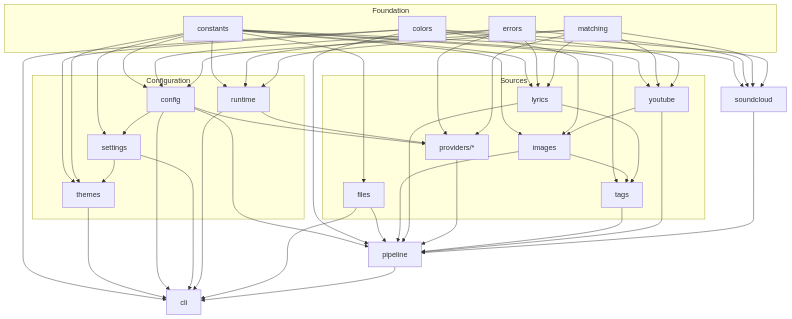
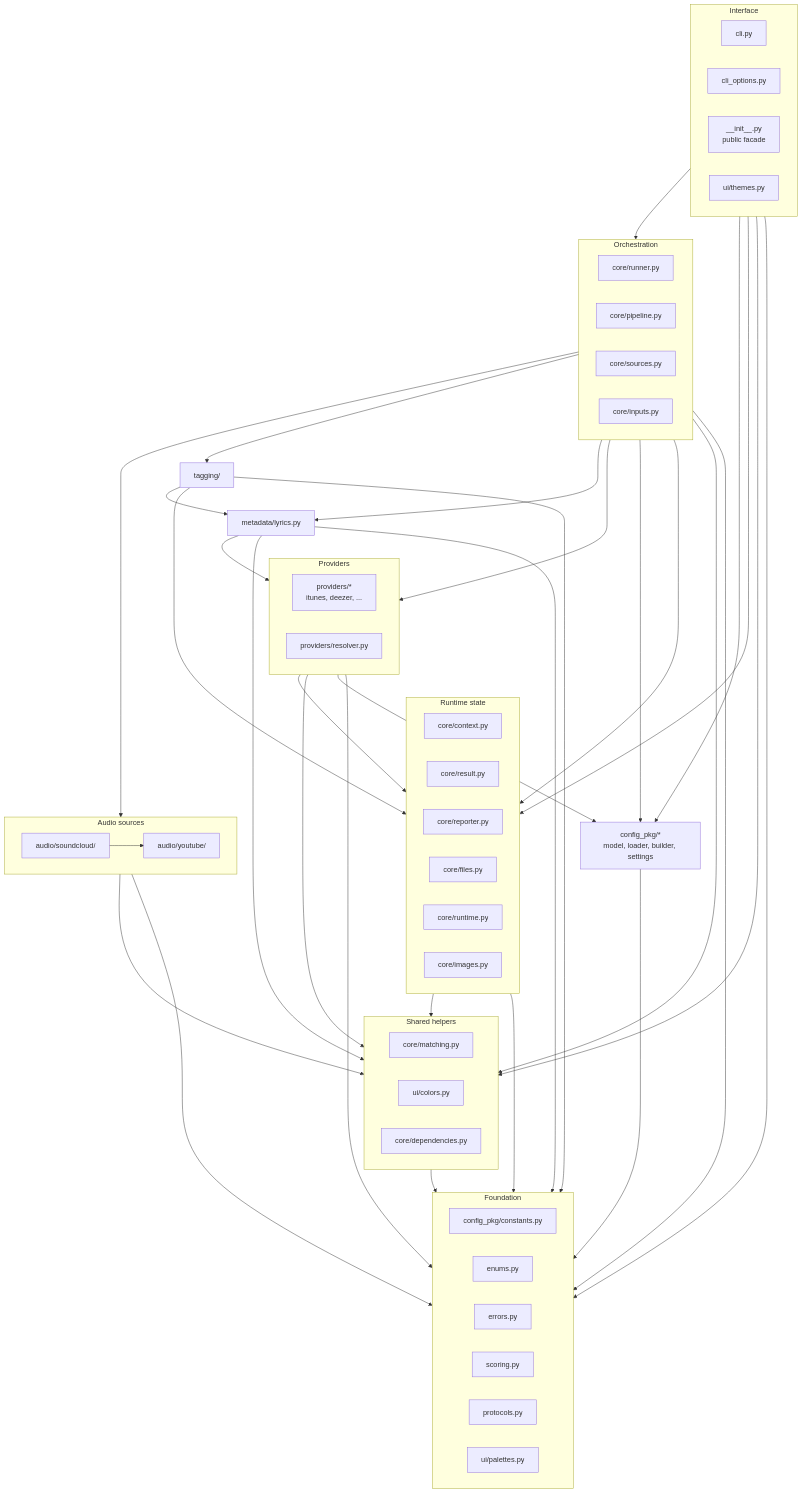
One commit to trackfetch/trackfetch changed the diagram in docs/architecture.md. Above: the diagram before and after it, drawn with Mermaid. The commit also changed other lines of this file, not shown here.

Commit message:
docs: fix the dependency diagram and its rules
The old diagram referenced modules that no longer exist after the
refactor (config, settings, runtime, themes, youtube, tags) and the
prose claimed audio/, metadata/, providers/ and ui/ never import from
core/, which is not true: they reuse core/matching.py, core/runtime.py
and core/images.py. Both now match the real import graph.

````diff
--- a/docs/architecture.md
+++ b/docs/architecture.md
@@ -80,80 +80,93 @@
 ```mermaid
 flowchart TD
-    subgraph Foundation
-        constants[constants]
-        errors[errors]
-        matching[matching]
-        colors[colors]
+    subgraph interface["Interface"]
+        cli[cli.py]
+        cli_options[cli_options.py]
+        facade["__init__.py<br/>public facade"]
+        themes[ui/themes.py]
     end
 
-    subgraph Configuration
-        config[config]
-        settings[settings]
-        runtime[runtime]
-        themes[themes]
+    subgraph orchestration["Orchestration"]
+        runner[core/runner.py]
+        pipeline[core/pipeline.py]
+        sources[core/sources.py]
+        inputs[core/inputs.py]
     end
 
-    subgraph Sources
-        providers["providers/*"]
-        youtube[youtube]
-        images[images]
-        lyrics[lyrics]
-        tags[tags]
-        files[files]
+    subgraph audio["Audio sources"]
+        youtube[audio/youtube/]
+        soundcloud[audio/soundcloud/]
     end
 
-    pipeline[pipeline]
-    cli[cli]
+    tagging[tagging/]
+    lyrics[metadata/lyrics.py]
 
-    constants --> config
-    errors --> config
-    matching --> config
-    constants --> settings
-    config --> settings
-    constants --> runtime
-    errors --> runtime
-    matching --> runtime
-    colors --> themes
-    constants --> themes
-    settings --> themes
+    subgraph providers["Providers"]
+        provider_modules["providers/*<br/>itunes, deezer, ..."]
+        resolver[providers/resolver.py]
+    end
 
-    config --> providers
-    errors --> providers
-    matching --> providers
-    runtime --> providers
-    constants --> youtube
-    matching --> youtube
-    colors --> youtube
-    constants --> soundcloud
-    errors --> soundcloud
-    matching --> soundcloud
-    colors --> soundcloud
-    constants --> images
-    colors --> images
-    youtube --> images
-    constants --> lyrics
-    errors --> lyrics
-    matching --> lyrics
-    constants --> tags
-    images --> tags
-    lyrics --> tags
-    constants --> files
+    config["config_pkg/*<br/>model, loader, builder, settings"]
 
-    config --> pipeline
-    colors --> pipeline
-    files --> pipeline
-    images --> pipeline
-    lyrics --> pipeline
-    providers --> pipeline
-    tags --> pipeline
-    youtube --> pipeline
-    soundcloud --> pipeline
+    subgraph state["Runtime state"]
+        context[core/context.py]
+        result[core/result.py]
+        reporter[core/reporter.py]
+        files[core/files.py]
+        runtime_state[core/runtime.py]
+        images[core/images.py]
+    end
 
-    colors --> cli
-    themes --> cli
-    config --> cli
-    settings --> cli
-    runtime --> cli
-    files --> cli
-    pipeline --> cli
+    subgraph support["Shared helpers"]
+        matching[core/matching.py]
+        colors[ui/colors.py]
+        dependencies[core/dependencies.py]
+    end
+
+    subgraph foundation["Foundation"]
+        constants[config_pkg/constants.py]
+        enums[enums.py]
+        errors[errors.py]
+        scoring[scoring.py]
+        protocols[protocols.py]
+        palettes[ui/palettes.py]
+    end
+
+    interface --> orchestration
+    interface --> config
+    interface --> state
+    interface --> support
+    interface --> foundation
+
+    orchestration --> audio
+    orchestration --> tagging
+    orchestration --> lyrics
+    orchestration --> providers
+    orchestration --> config
+    orchestration --> state
+    orchestration --> support
+    orchestration --> foundation
+
+    audio --> support
+    audio --> foundation
+    soundcloud --> youtube
+
+    tagging --> lyrics
+    tagging --> state
+    tagging --> foundation
+
+    lyrics --> providers
+    lyrics --> support
+    lyrics --> foundation
+
+    providers --> state
+    providers --> support
+    providers --> config
+    providers --> foundation
+
+    state --> support
+    state --> foundation
+
+    support --> foundation
+    config --> foundation
 ```
````
